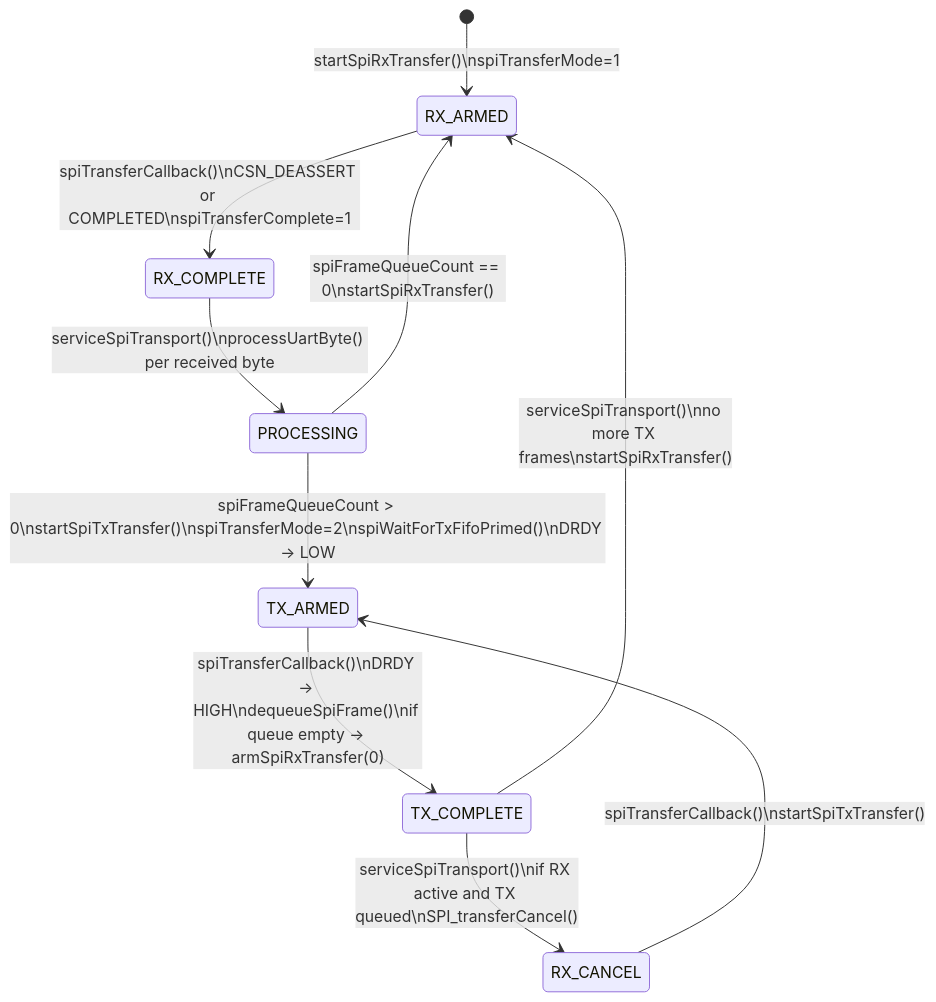
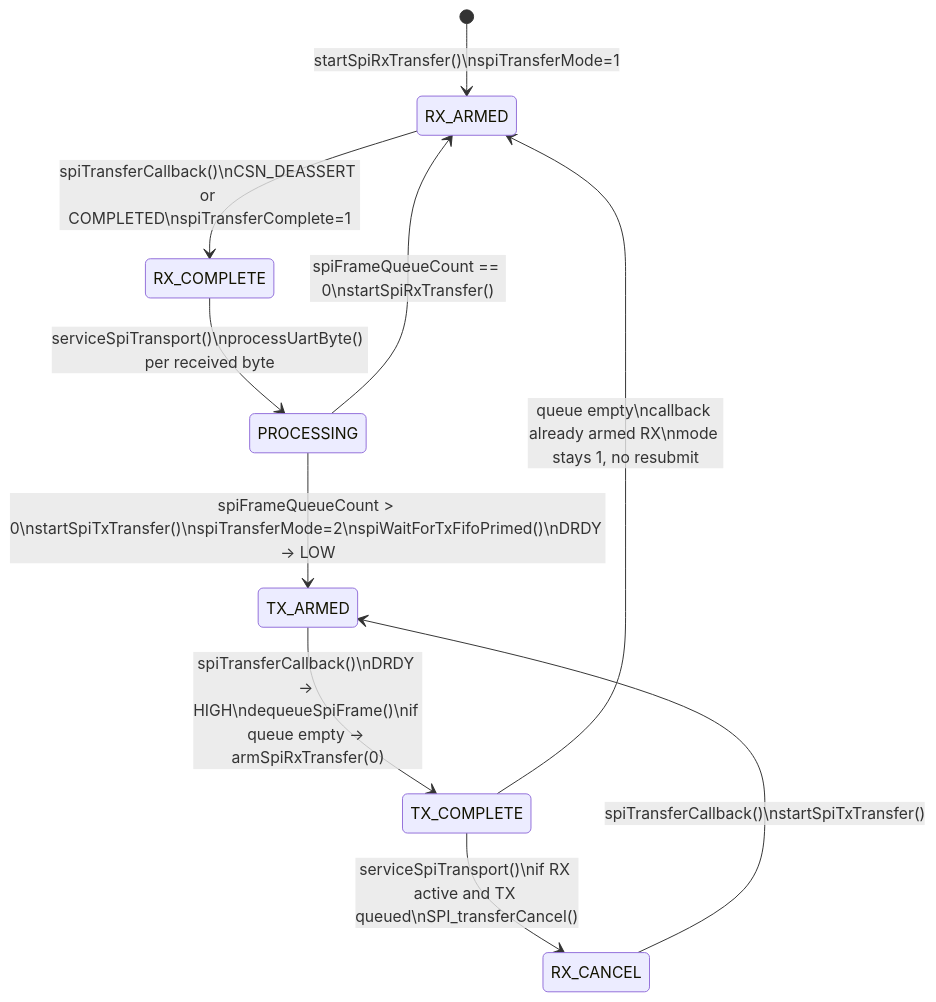
Before and after one commit to paulb-firebolt/sensor-station: the eighth of 8 diagrams in docs/development/cc1312r-spi-interaction.mdx, drawn with Mermaid. The commit also changed other lines of this file and 1 other file, not shown here.

First line of the commit message:
[doc] CC1312 coordinator fault recovery and the SPI standby-constraint leak

````diff
--- a/docs/development/cc1312r-spi-interaction.mdx
+++ b/docs/development/cc1312r-spi-interaction.mdx
@@ -364,20 +364,20 @@
 ```mermaid
 stateDiagram-v2
     [*] --> RX_ARMED : startSpiRxTransfer()\nspiTransferMode=1
 
     RX_ARMED --> RX_COMPLETE : spiTransferCallback()\nCSN_DEASSERT or COMPLETED\nspiTransferComplete=1
 
     RX_COMPLETE --> PROCESSING : serviceSpiTransport()\nprocessUartByte() per received byte
 
     PROCESSING --> TX_ARMED : spiFrameQueueCount > 0\nstartSpiTxTransfer()\nspiTransferMode=2\nspiWaitForTxFifoPrimed()\nDRDY → LOW
 
     PROCESSING --> RX_ARMED : spiFrameQueueCount == 0\nstartSpiRxTransfer()
 
     TX_ARMED --> TX_COMPLETE : spiTransferCallback()\nDRDY → HIGH\ndequeueSpiFrame()\nif queue empty → armSpiRxTransfer(0)
 
     TX_COMPLETE --> RX_CANCEL : serviceSpiTransport()\nif RX active and TX queued\nSPI_transferCancel()
 
     RX_CANCEL --> TX_ARMED : spiTransferCallback()\nstartSpiTxTransfer()
 
-    TX_COMPLETE --> RX_ARMED : serviceSpiTransport()\nno more TX frames\nstartSpiRxTransfer()
+    TX_COMPLETE --> RX_ARMED : queue empty\ncallback already armed RX\nmode stays 1, no resubmit
 ```
````
